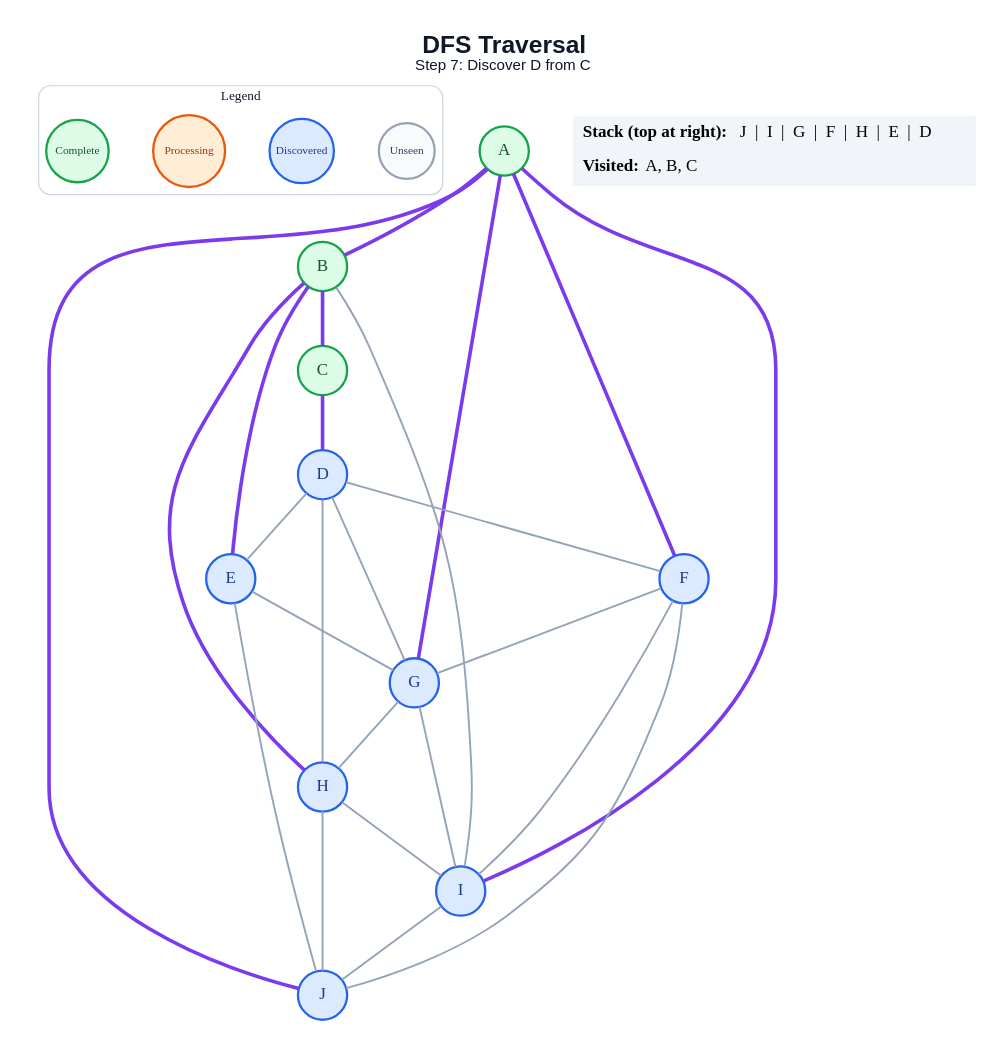
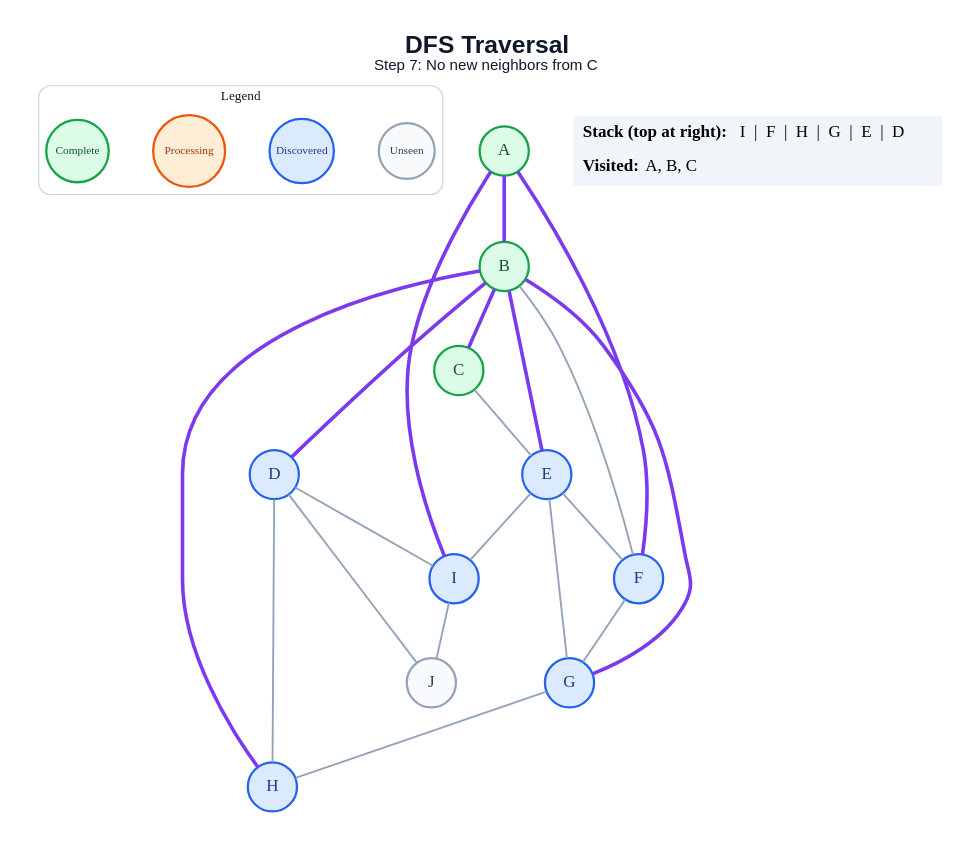
The diagram in generated/dfs/step_07.dot (amanghodawala9/ai-slop), drawn with Graphviz before and after one commit. The commit also changed 178 other files, not shown here.

```diff
--- a/generated/dfs/step_07.dot
+++ b/generated/dfs/step_07.dot
@@ -1,53 +1,48 @@
 graph traversal {
   graph [layout=dot, rankdir=TB, bgcolor="#FFFFFF", pad="0.35", nodesep="0.65", ranksep="0.8", fontname="Arial"];
   node [shape=circle, style="filled", fontname="Arial Bold", fontsize=18, width=0.72, fixedsize=true, penwidth=2.4];
   edge [color="#94A3B8", penwidth=2.0];
-  label=<<B>DFS Traversal</B><BR/><FONT POINT-SIZE="16">Step 7: Discover D from C</FONT>>; labelloc="t"; fontsize=26; fontname="Arial"; fontcolor="#0F172A";
+  label=<<B>DFS Traversal</B><BR/><FONT POINT-SIZE="16">Step 7: No new neighbors from C</FONT>>; labelloc="t"; fontsize=26; fontname="Arial"; fontcolor="#0F172A";
   subgraph cluster_legend { label="Legend"; color="#CBD5E1"; penwidth=1.2; style="rounded"; fontsize=14; fontname="Arial Bold";
     key_unseen [label="Unseen", fillcolor="#F8FAFC", color="#94A3B8", fontcolor="#334155", fontsize=12, width=0.82];
     key_frontier [label="Discovered", fillcolor="#DBEAFE", color="#2563EB", fontcolor="#1E3A8A", fontsize=12, width=0.95];
     key_current [label="Processing", fillcolor="#FFEDD5", color="#EA580C", fontcolor="#9A3412", fontsize=12, width=1.05];
     key_done [label="Complete", fillcolor="#DCFCE7", color="#16A34A", fontcolor="#14532D", fontsize=12, width=0.92];
     { rank=same; key_unseen; key_frontier; key_current; key_done; }
   }
   A [fillcolor="#DCFCE7", color="#16A34A", fontcolor="#14532D"];
   B [fillcolor="#DCFCE7", color="#16A34A", fontcolor="#14532D"];
   C [fillcolor="#DCFCE7", color="#16A34A", fontcolor="#14532D"];
   D [fillcolor="#DBEAFE", color="#2563EB", fontcolor="#1E3A8A"];
   E [fillcolor="#DBEAFE", color="#2563EB", fontcolor="#1E3A8A"];
   F [fillcolor="#DBEAFE", color="#2563EB", fontcolor="#1E3A8A"];
   G [fillcolor="#DBEAFE", color="#2563EB", fontcolor="#1E3A8A"];
   H [fillcolor="#DBEAFE", color="#2563EB", fontcolor="#1E3A8A"];
   I [fillcolor="#DBEAFE", color="#2563EB", fontcolor="#1E3A8A"];
-  J [fillcolor="#DBEAFE", color="#2563EB", fontcolor="#1E3A8A"];
+  J [fillcolor="#F8FAFC", color="#94A3B8", fontcolor="#334155"];
   A -- B [color="#7C3AED", penwidth=3.8];
   A -- F [color="#7C3AED", penwidth=3.8];
-  A -- G [color="#7C3AED", penwidth=3.8];
   A -- I [color="#7C3AED", penwidth=3.8];
-  A -- J [color="#7C3AED", penwidth=3.8];
   B -- C [color="#7C3AED", penwidth=3.8];
+  B -- D [color="#7C3AED", penwidth=3.8];
   B -- E [color="#7C3AED", penwidth=3.8];
+  B -- F;
+  B -- G [color="#7C3AED", penwidth=3.8];
   B -- H [color="#7C3AED", penwidth=3.8];
-  B -- I;
-  C -- D [color="#7C3AED", penwidth=3.8];
-  D -- E;
-  D -- F;
-  D -- G;
+  C -- E;
   D -- H;
+  D -- I;
+  D -- J;
+  E -- F;
   E -- G;
-  E -- J;
+  E -- I;
   F -- G;
-  F -- I;
-  F -- J;
   G -- H;
-  G -- I;
-  H -- I;
-  H -- J;
   I -- J;
   status [shape=plain, fixedsize=false, width=0, height=0, margin=0, label=<
     <TABLE BORDER="0" CELLBORDER="0" CELLPADDING="7" BGCOLOR="#F1F5F9">
-      <TR><TD ALIGN="LEFT"><B>Stack (top at right):</B> J  |  I  |  G  |  F  |  H  |  E  |  D</TD></TR>
+      <TR><TD ALIGN="LEFT"><B>Stack (top at right):</B> I  |  F  |  H  |  G  |  E  |  D</TD></TR>
       <TR><TD ALIGN="LEFT"><B>Visited:</B> A, B, C</TD></TR>
     </TABLE>
   >];
 }
```
